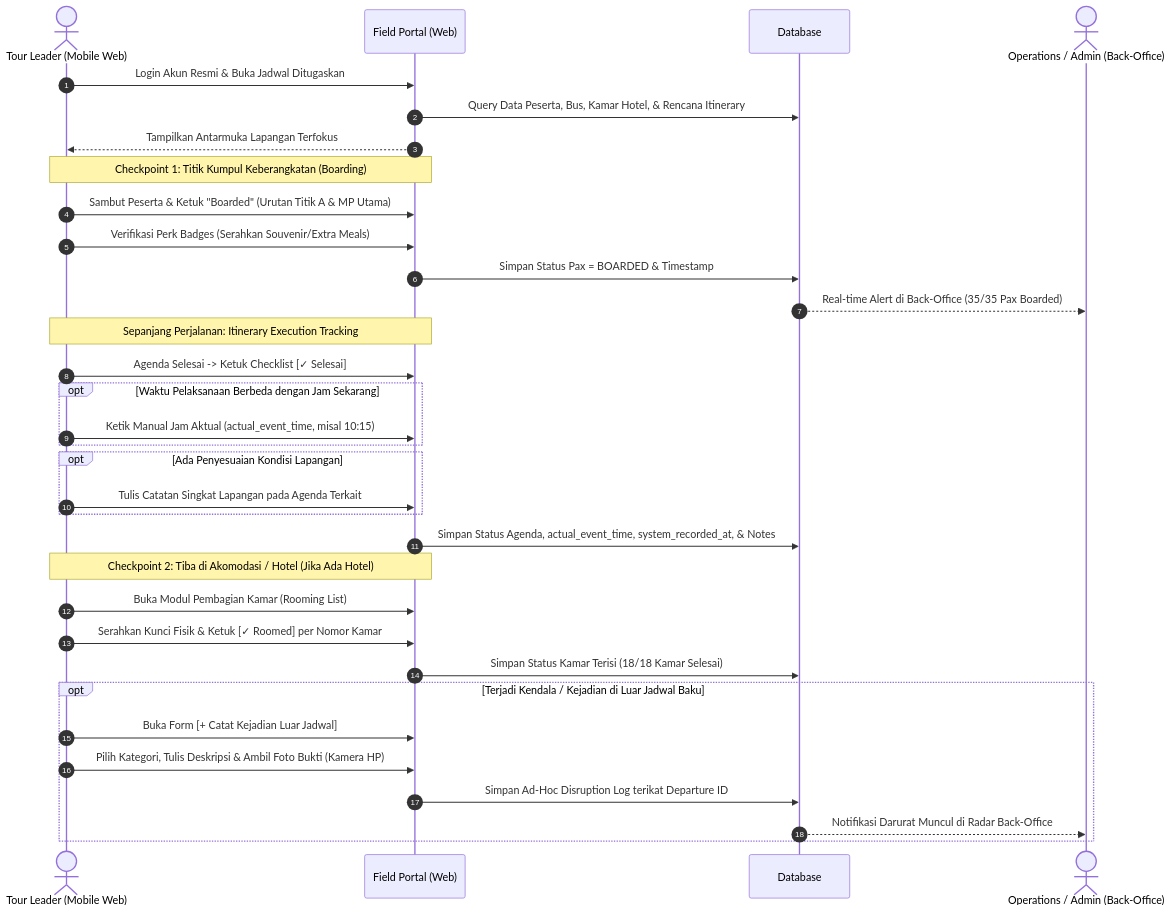
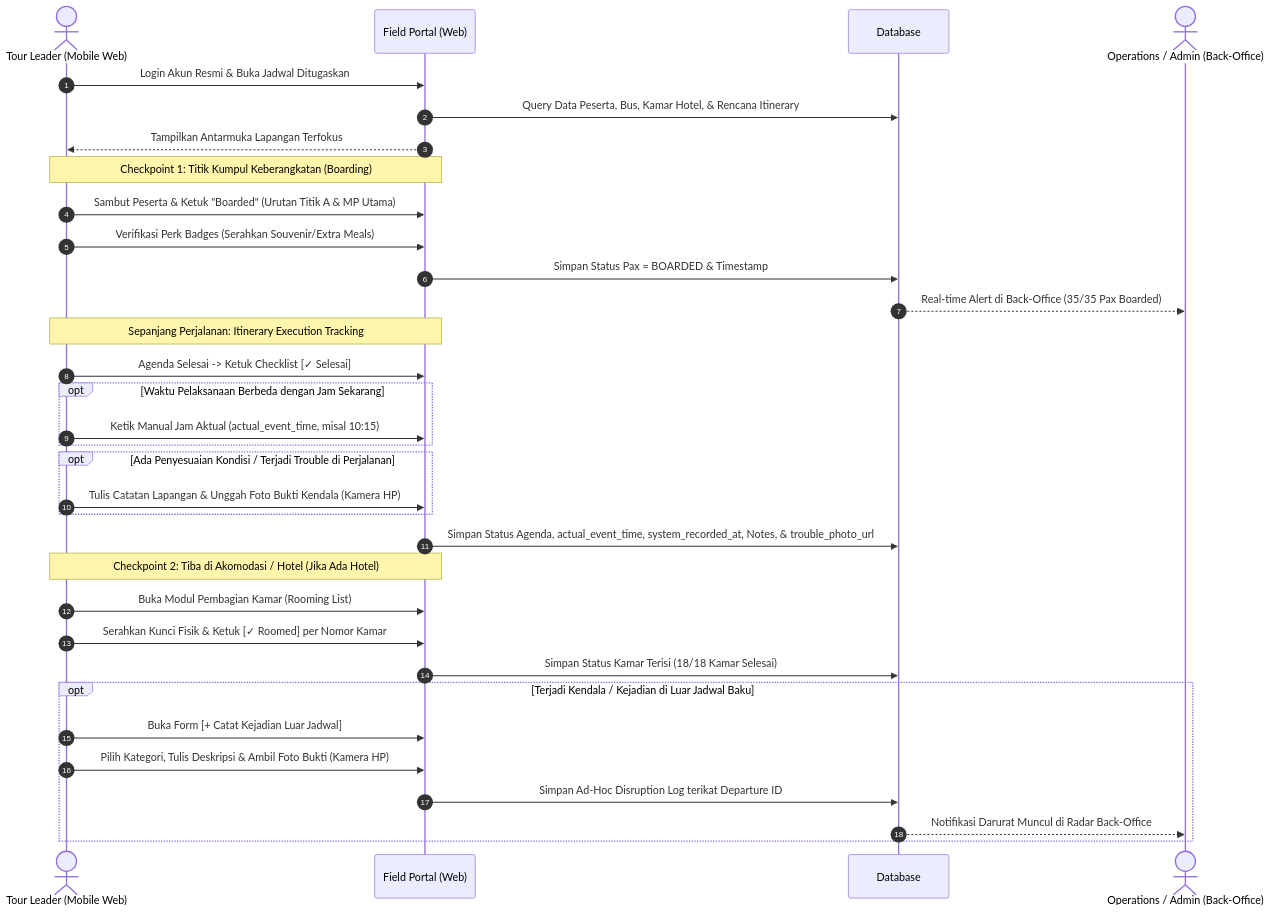
The fourth of 5 diagrams in development/mvp-1/01_PRD.md (mfauzanfikri/tms-docs), drawn with Mermaid before and after one commit. The commit also changed other lines of this file and 4 other files, not shown here.

Commit message:
feat(field-ops): support photo evidence for journey trouble in activity logging (TL-ITIN-02)

````diff
--- a/development/mvp-1/01_PRD.md
+++ b/development/mvp-1/01_PRD.md
@@ -185,40 +185,40 @@
 ```mermaid
 sequenceDiagram
     autonumber
     actor TL as Tour Leader (Mobile Web)
     participant Portal as Field Portal (Web)
     participant DB as Database
     actor Ops as Operations / Admin (Back-Office)
 
     TL->>Portal: Login Akun Resmi & Buka Jadwal Ditugaskan
     Portal->>DB: Query Data Peserta, Bus, Kamar Hotel, & Rencana Itinerary
     Portal-->>TL: Tampilkan Antarmuka Lapangan Terfokus
 
     Note over TL,Portal: Checkpoint 1: Titik Kumpul Keberangkatan (Boarding)
     TL->>Portal: Sambut Peserta & Ketuk "Boarded" (Urutan Titik A & MP Utama)
     TL->>Portal: Verifikasi Perk Badges (Serahkan Souvenir/Extra Meals)
     Portal->>DB: Simpan Status Pax = BOARDED & Timestamp
     DB-->>Ops: Real-time Alert di Back-Office (35/35 Pax Boarded)
 
     Note over TL,Portal: Sepanjang Perjalanan: Itinerary Execution Tracking
     TL->>Portal: Agenda Selesai -> Ketuk Checklist [✓ Selesai]
     opt Waktu Pelaksanaan Berbeda dengan Jam Sekarang
         TL->>Portal: Ketik Manual Jam Aktual (actual_event_time, misal 10:15)
     end
-    opt Ada Penyesuaian Kondisi Lapangan
-        TL->>Portal: Tulis Catatan Singkat Lapangan pada Agenda Terkait
+    opt Ada Penyesuaian Kondisi / Terjadi Trouble di Perjalanan
+        TL->>Portal: Tulis Catatan Lapangan & Unggah Foto Bukti Kendala (Kamera HP)
     end
-    Portal->>DB: Simpan Status Agenda, actual_event_time, system_recorded_at, & Notes
+    Portal->>DB: Simpan Status Agenda, actual_event_time, system_recorded_at, Notes, & trouble_photo_url
 
     Note over TL,Portal: Checkpoint 2: Tiba di Akomodasi / Hotel (Jika Ada Hotel)
     TL->>Portal: Buka Modul Pembagian Kamar (Rooming List)
     TL->>Portal: Serahkan Kunci Fisik & Ketuk [✓ Roomed] per Nomor Kamar
     Portal->>DB: Simpan Status Kamar Terisi (18/18 Kamar Selesai)
 
     opt Terjadi Kendala / Kejadian di Luar Jadwal Baku
         TL->>Portal: Buka Form [+ Catat Kejadian Luar Jadwal]
         TL->>Portal: Pilih Kategori, Tulis Deskripsi & Ambil Foto Bukti (Kamera HP)
         Portal->>DB: Simpan Ad-Hoc Disruption Log terikat Departure ID
         DB-->>Ops: Notifikasi Darurat Muncul di Radar Back-Office
     end
 ```
````
